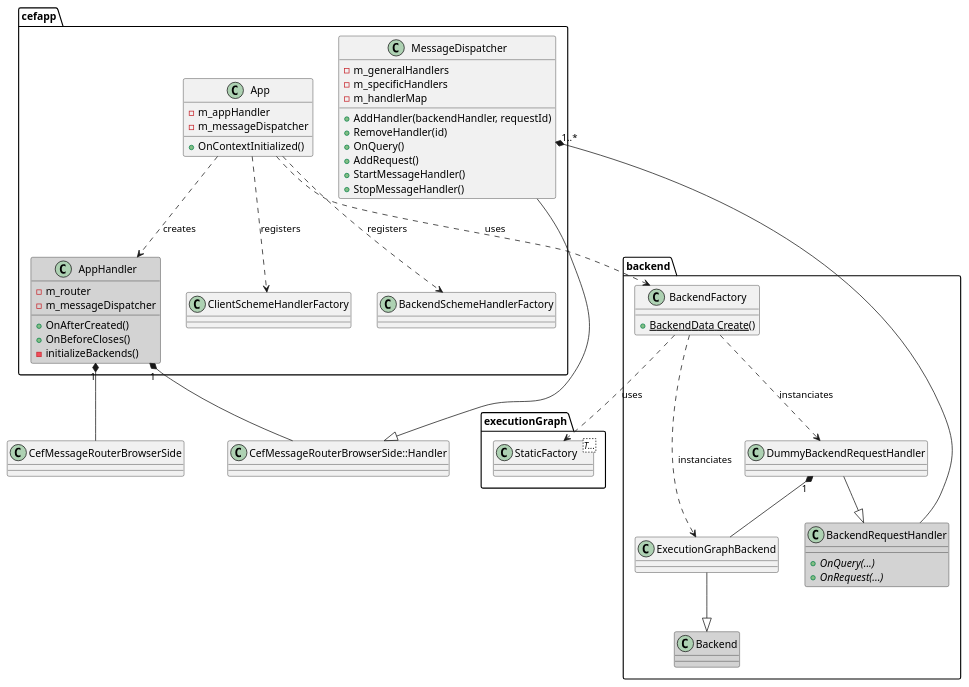
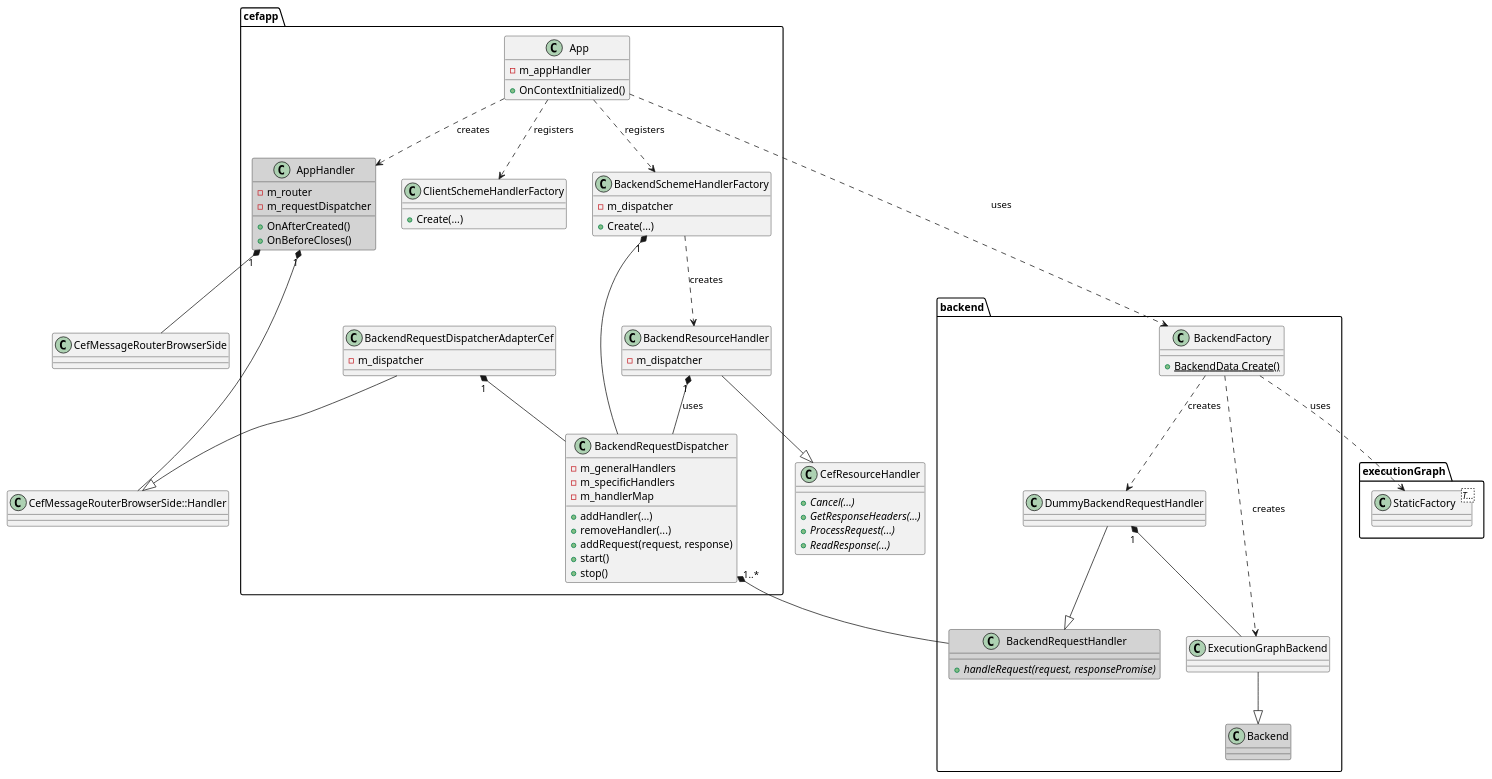
The diagram in gui/specs/client-backend.plantuml (gabyx/ExecutionGraph), drawn with PlantUML before and after one commit. The commit also changed 4 other files, not shown here.

```diff
--- a/gui/specs/client-backend.plantuml
+++ b/gui/specs/client-backend.plantuml
@@ -2,75 +2,95 @@
 @startuml
 set namespaceSeparator ::
 skinparam shadowing false
 
 class CefMessageRouterBrowserSide
 class Handler as "CefMessageRouterBrowserSide::Handler"
 
+class CefResourceHandler {
+    + Cancel(...) {abstract} 
+    + GetResponseHeaders(...) {abstract} 
+    + ProcessRequest(...) {abstract} 
+    + ReadResponse(...) {abstract}
+}
+
 namespace cefapp{
     class App{
         + OnContextInitialized()
         - m_appHandler
-        - m_messageDispatcher
     }
     class AppHandler #D3D3D3{
         + OnAfterCreated()
         + OnBeforeCloses()
         - m_router
-        - m_messageDispatcher
-        - initializeBackends()
+        - m_requestDispatcher
     }
 
-    class MessageDispatcher {
-        + AddHandler(backendHandler, requestId)
-        + RemoveHandler(id)
-        + OnQuery()
-        + AddRequest()
-        + StartMessageHandler()
-        + StopMessageHandler()
+    class BackendRequestDispatcher {
+        + addHandler(...)
+        + removeHandler(...)
+        + addRequest(request, response)
+        + start()
+        + stop()
         - m_generalHandlers
         - m_specificHandlers
         - m_handlerMap
     }
-    class ClientSchemeHandlerFactory
-    class BackendSchemeHandlerFactory
+    class BackendRequestDispatcherAdapterCef {
+        - m_dispatcher
+    }
+
+    class ClientSchemeHandlerFactory {
+        + Create(...)
+    }
+    class BackendSchemeHandlerFactory {
+        + Create(...)
+        - m_dispatcher
+    }
+    class BackendResourceHandler {
+        - m_dispatcher
+    }
 }
 
 cefapp::App ..> cefapp::AppHandler : creates
 cefapp::App ..> cefapp::ClientSchemeHandlerFactory : registers
 cefapp::App ..> cefapp::BackendSchemeHandlerFactory : registers
+cefapp::BackendSchemeHandlerFactory ..> cefapp::BackendResourceHandler : creates
+cefapp::BackendResourceHandler --|> CefResourceHandler
+cefapp::BackendResourceHandler "1" *-- cefapp::BackendRequestDispatcher : uses
 
 cefapp::AppHandler "1" *-down- Handler
-cefapp::MessageDispatcher -down-|> Handler
-cefapp::MessageDispatcher "1..*" *--- backend::BackendRequestHandler
-cefapp::AppHandler "1" *-down- CefMessageRouterBrowserSide
+cefapp::BackendRequestDispatcherAdapterCef "1" *-- cefapp::BackendRequestDispatcher
+cefapp::BackendRequestDispatcherAdapterCef -down-|> Handler
+cefapp::BackendSchemeHandlerFactory "1" *-- cefapp::BackendRequestDispatcher
+cefapp::BackendRequestDispatcher "1..*" *-- backend::BackendRequestHandler
+cefapp::AppHandler "1" *-- CefMessageRouterBrowserSide
 
 namespace backend {
     class Backend #D3D3D3
     class BackendRequestHandler #D3D3D3 {
-        + OnQuery(...) {abstract} 
-        + OnRequest(...) {abstract}
+        + handleRequest(request, responsePromise) {abstract} 
     }
 
     class BackendFactory {
         + BackendData Create() {static}
     }
 
     class DummyBackendRequestHandler
 }
 
 namespace executionGraph {
     class StaticFactory<T...>
 }
 
 cefapp::App ..> backend::BackendFactory : uses
 
 backend::ExecutionGraphBackend --|> backend::Backend
 backend::DummyBackendRequestHandler --|> backend::BackendRequestHandler
 
-backend::BackendFactory ..> backend::ExecutionGraphBackend : instanciates
-backend::BackendFactory ..> backend::DummyBackendRequestHandler : instanciates
+backend::BackendFactory ..> backend::ExecutionGraphBackend : creates
+backend::BackendFactory ..> backend::DummyBackendRequestHandler : creates
 
 backend::DummyBackendRequestHandler "1" *-- backend::ExecutionGraphBackend
 
 backend::BackendFactory ..> executionGraph::StaticFactory : uses
 @enduml
```
